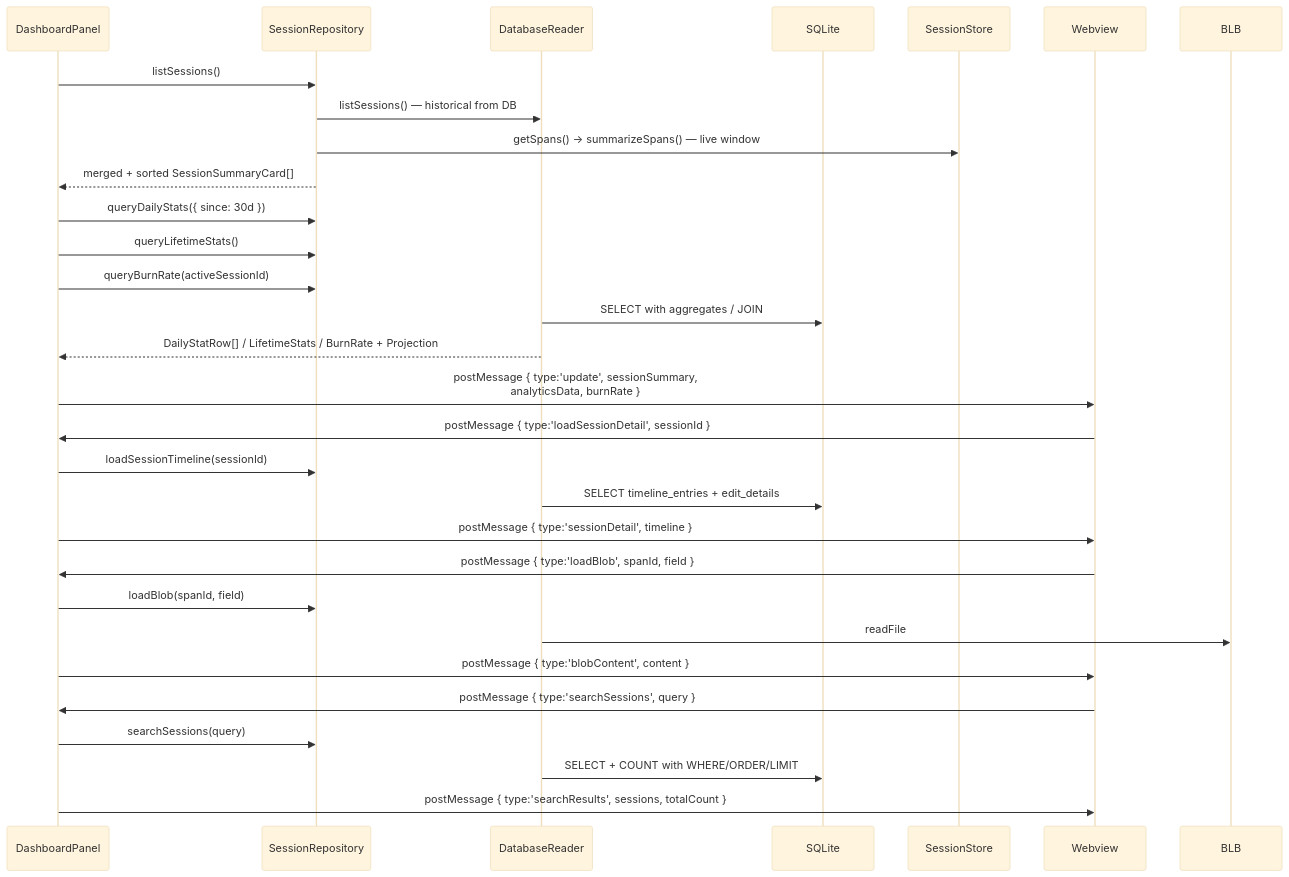
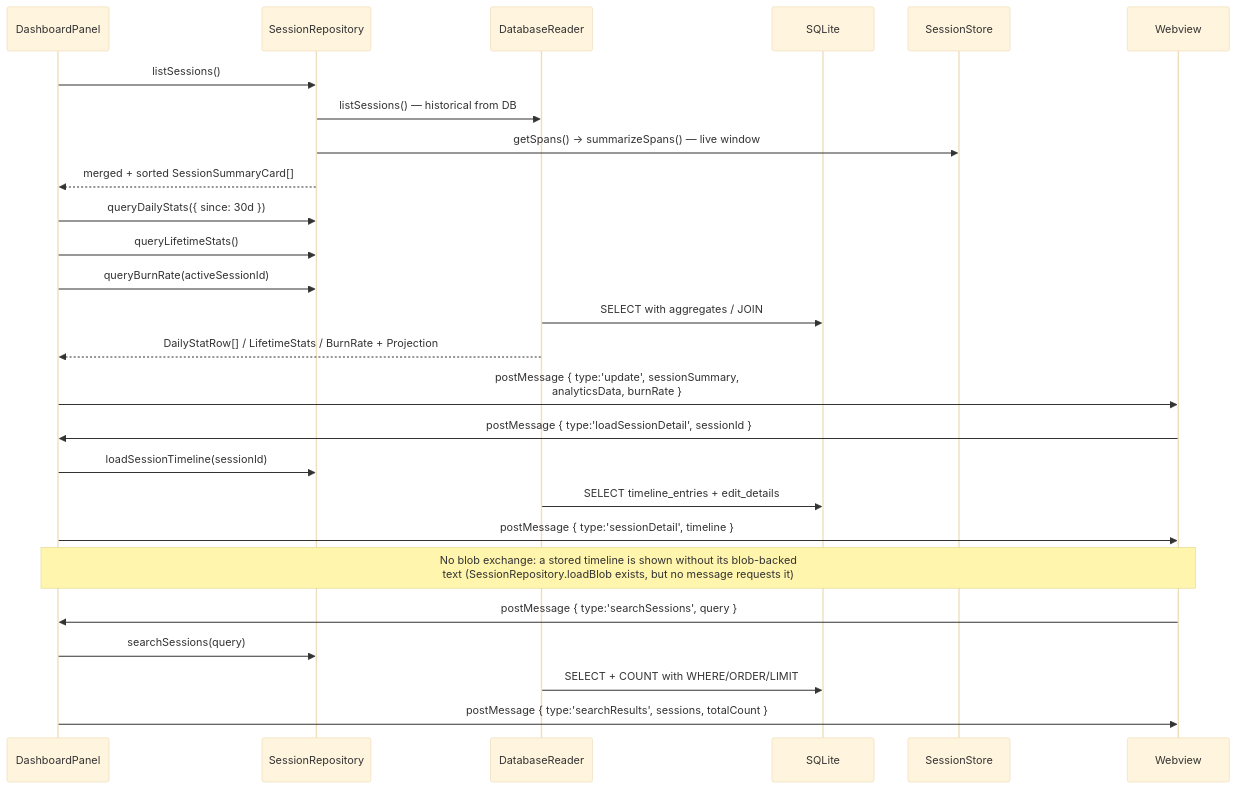
Diagram 11 of 20 in ARCHITECTURE.md (traceroost/core), drawn with Mermaid (base theme) before and after one commit. The commit also changed other lines of this file and 2 other files, not shown here.

````diff
--- a/ARCHITECTURE.md
+++ b/ARCHITECTURE.md
@@ -624,37 +626,34 @@
 ```mermaid
 sequenceDiagram
     participant DASH as DashboardPanel
     participant REPO as SessionRepository
     participant REA as DatabaseReader
     participant DB as SQLite
     participant STO as SessionStore
     participant WV as Webview
 
     DASH->>REPO: listSessions()
     REPO->>REA: listSessions() — historical from DB
     REPO->>STO: getSpans() → summarizeSpans() — live window
     REPO-->>DASH: merged + sorted SessionSummaryCard[]
 
     DASH->>REPO: queryDailyStats({ since: 30d })
     DASH->>REPO: queryLifetimeStats()
     DASH->>REPO: queryBurnRate(activeSessionId)
     REA->>DB: SELECT with aggregates / JOIN
     REA-->>DASH: DailyStatRow[] / LifetimeStats / BurnRate + Projection
 
     DASH->>WV: postMessage { type:'update', sessionSummary,<br/>analyticsData, burnRate }
 
     WV->>DASH: postMessage { type:'loadSessionDetail', sessionId }
     DASH->>REPO: loadSessionTimeline(sessionId)
     REA->>DB: SELECT timeline_entries + edit_details
     DASH->>WV: postMessage { type:'sessionDetail', timeline }
 
-    WV->>DASH: postMessage { type:'loadBlob', spanId, field }
-    DASH->>REPO: loadBlob(spanId, field)
-    REA->>BLB: readFile
-    DASH->>WV: postMessage { type:'blobContent', content }
+    Note over DASH,WV: No blob exchange: a stored timeline is shown without its blob-backed<br/>text (SessionRepository.loadBlob exists, but no message requests it)
 
     WV->>DASH: postMessage { type:'searchSessions', query }
     DASH->>REPO: searchSessions(query)
     REA->>DB: SELECT + COUNT with WHERE/ORDER/LIMIT
     DASH->>WV: postMessage { type:'searchResults', sessions, totalCount }
 ```
````
